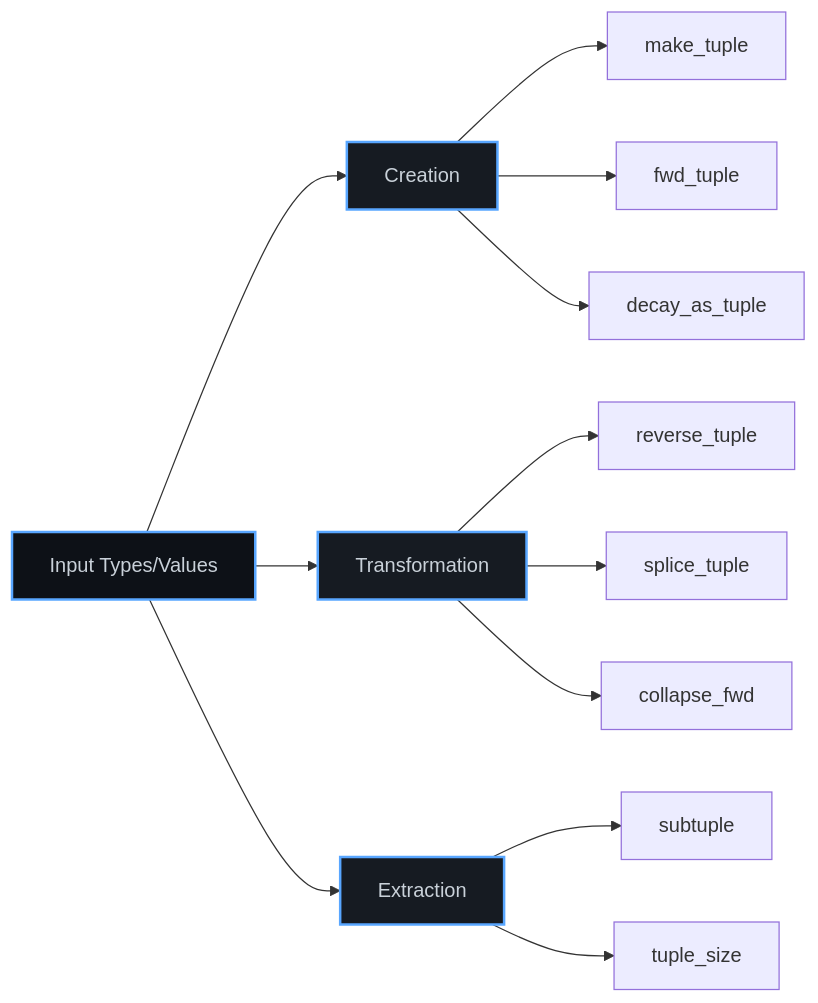
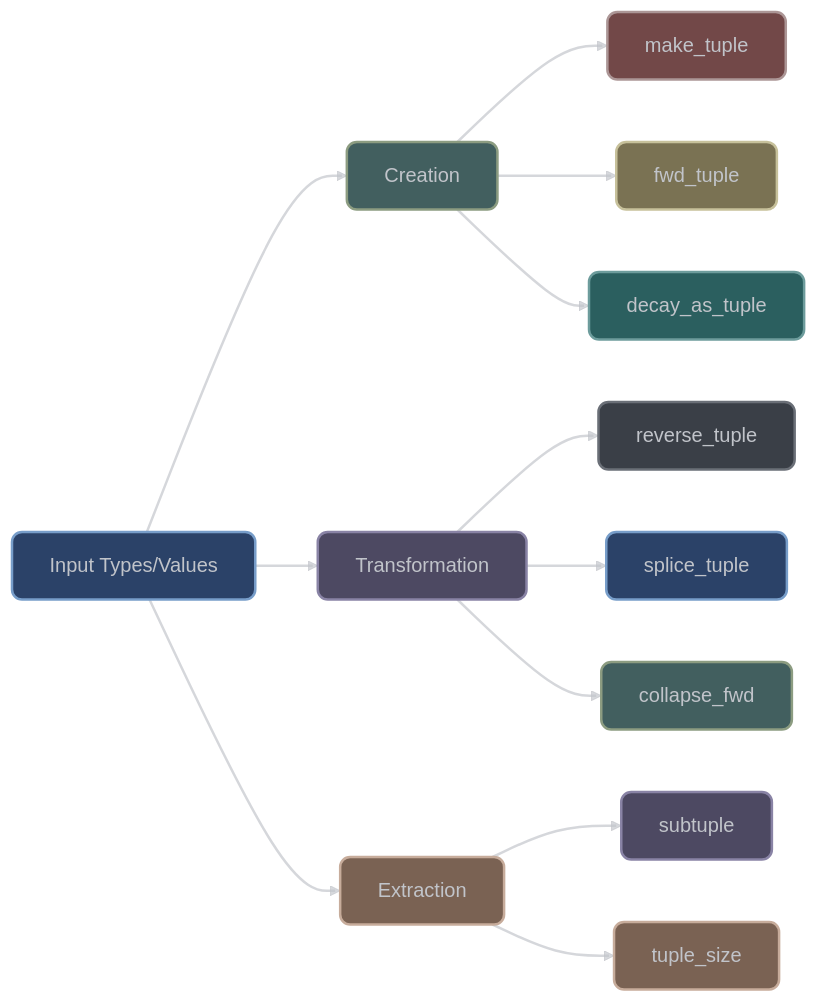
Before and after one commit to vorlac/xieite: the second of 3 diagrams in docs/src/categories/meta/README.md, drawn with Mermaid. The commit also changed other lines of this file and 44 other files, not shown here.

````diff
--- a/docs/src/categories/meta/README.md
+++ b/docs/src/categories/meta/README.md
@@ -101,24 +150,63 @@
 ```mermaid
+---
+config:
+    theme: 'base'
+    curve: 'straight'
+    themeVariables:
+        darkMode: true
+        clusterBkg: '#22272f62'
+        clusterBorder: '#6a6f77ff'
+        clusterTextColor: '#6a6f77ff'
+        lineColor: '#C1C4CAAA'
+        background: '#262B33'
+        primaryColor: '#2b4268ff'
+        primaryTextColor: '#C1C4CAff'
+        primaryBorderColor: '#6a6f77ff'
+        primaryLabelBkg: '#262B33'
+        secondaryColor: '#425f5fff'
+        secondaryBorderColor: '#8c9c81ff'
+        secondaryTextColor: '#C1C4CAff'
+        tertiaryColor: '#4d4962ff'
+        tertiaryBorderColor: '#8983a5ff'
+        tertiaryTextColor: '#eeeeee55'
+        nodeTextColor: '#C1C4CA'
+        defaultLinkColor: '#C1C4CA'
+        edgeLabelBackground: '#262B33'
+        edgeLabelBorderColor: '#C1C4CA'
+        labelTextColor: '#C1C4CA'
+        errorBkgColor: '#724848ff'
+        errorTextColor: '#C1C4CA'
+---
 graph LR
     Input[Input Types/Values]
 
     Input --> Create[Creation]
     Input --> Transform[Transformation]
     Input --> Extract[Extraction]
 
     Create --> make_tuple[make_tuple]
     Create --> fwd_tuple[fwd_tuple]
     Create --> decay_tuple[decay_as_tuple]
 
     Transform --> reverse[reverse_tuple]
     Transform --> splice[splice_tuple]
     Transform --> collapse[collapse_fwd]
 
     Extract --> subtuple[subtuple]
     Extract --> tuple_size[tuple_size]
 
-    style Input fill:#0d1117,stroke:#58a6ff,stroke-width:2px,color:#c9d1d9
-    style Create fill:#161b22,stroke:#58a6ff,stroke-width:2px,color:#c9d1d9
-    style Transform fill:#161b22,stroke:#58a6ff,stroke-width:2px,color:#c9d1d9
-    style Extract fill:#161b22,stroke:#58a6ff,stroke-width:2px,color:#c9d1d9
+linkStyle default stroke:#C1C4CAaa,stroke-width:2px,color:#C1C4CAaa
+
+style Input fill:#2b4268ff,stroke:#779DC9ff,stroke-width:2px,color:#C1C4CA,rx:8,ry:8
+style Create fill:#425f5fff,stroke:#8c9c81ff,stroke-width:2px,color:#C1C4CA,rx:8,ry:8
+style Transform fill:#4d4962ff,stroke:#8983a5ff,stroke-width:2px,color:#C1C4CA,rx:8,ry:8
+style Extract fill:#7a6253ff,stroke:#c7ac9bff,stroke-width:2px,color:#C1C4CA,rx:8,ry:8
+style make_tuple fill:#724848ff,stroke:#ac9696ff,stroke-width:2px,color:#C1C4CA,rx:8,ry:8
+style fwd_tuple fill:#7a7253ff,stroke:#c7c19bff,stroke-width:2px,color:#C1C4CA,rx:8,ry:8
+style decay_tuple fill:#2b5f5fff,stroke:#6d9c9cff,stroke-width:2px,color:#C1C4CA,rx:8,ry:8
+style reverse fill:#3a3f47ff,stroke:#6a6f77ff,stroke-width:2px,color:#C1C4CA,rx:8,ry:8
+style splice fill:#2b4268ff,stroke:#779DC9ff,stroke-width:2px,color:#C1C4CA,rx:8,ry:8
+style collapse fill:#425f5fff,stroke:#8c9c81ff,stroke-width:2px,color:#C1C4CA,rx:8,ry:8
+style subtuple fill:#4d4962ff,stroke:#8983a5ff,stroke-width:2px,color:#C1C4CA,rx:8,ry:8
+style tuple_size fill:#7a6253ff,stroke:#c7ac9bff,stroke-width:2px,color:#C1C4CA,rx:8,ry:8
 ```
````
